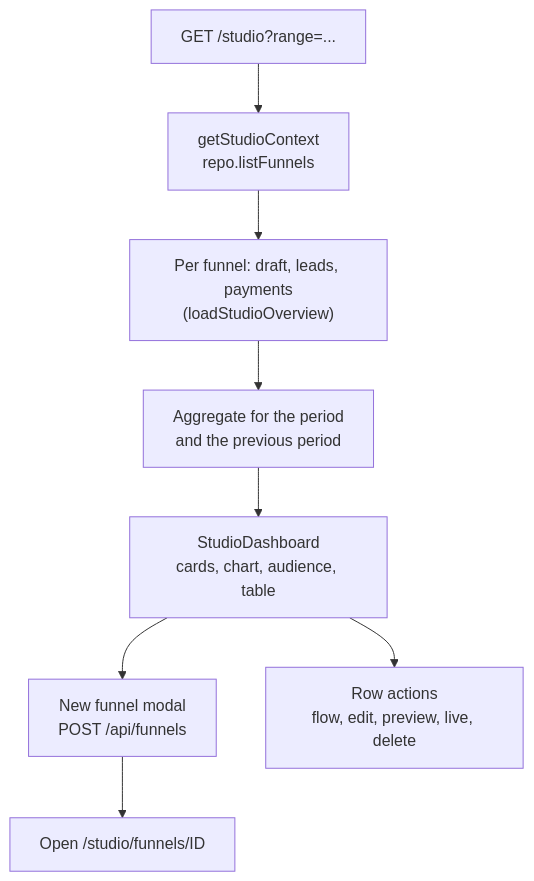
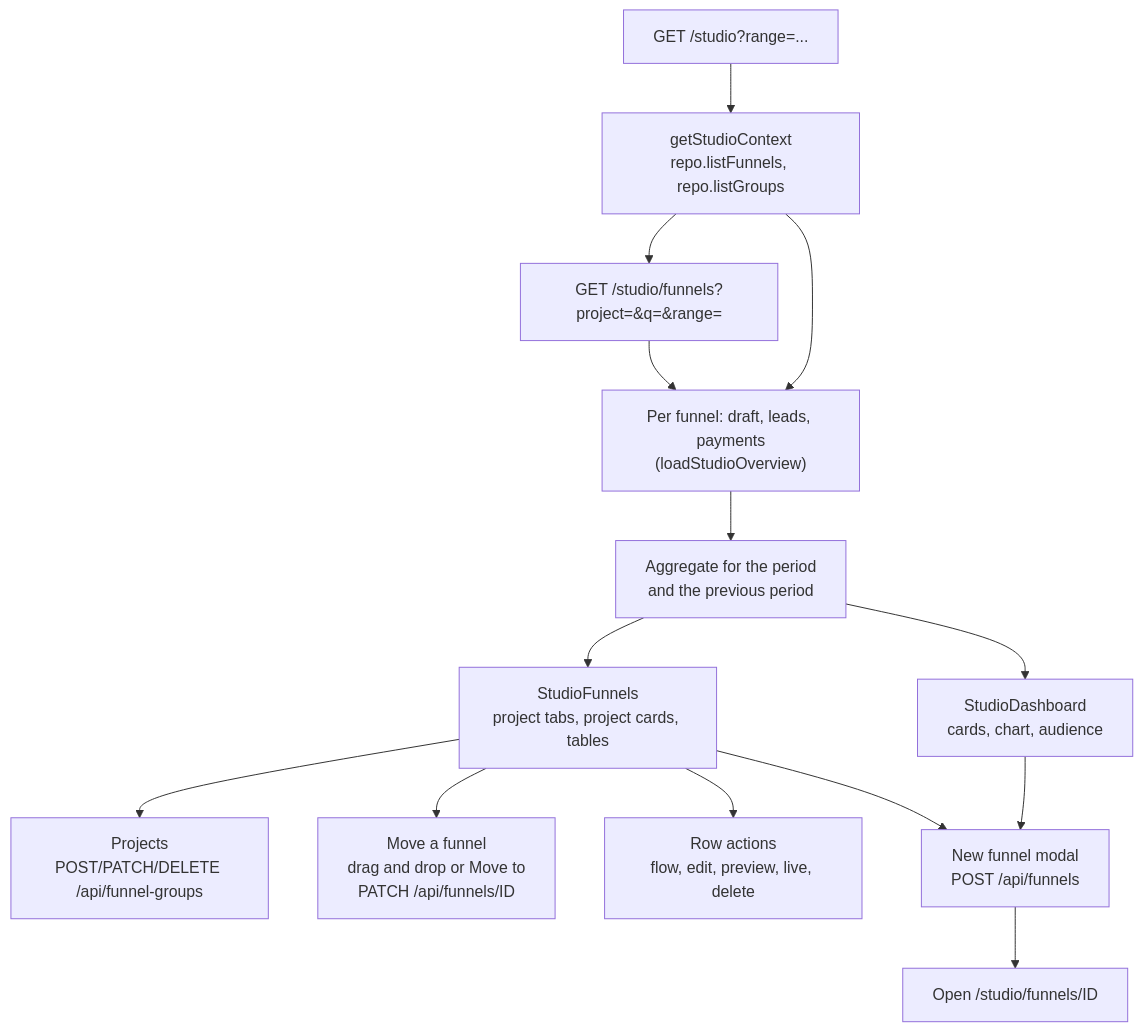
Before and after one commit to arturklimovich-eng/vibefunel: the diagram in docs/features/15-studio-overview.md, drawn with Mermaid. The commit also changed other lines of this file and 70 other files, not shown here.

````diff
--- a/docs/features/15-studio-overview.md
+++ b/docs/features/15-studio-overview.md
@@ -11,19 +13,29 @@
 ```mermaid
 flowchart TD
-  A["GET /studio?range=..."] --> B["getStudioContext<br/>repo.listFunnels"]
+  A["GET /studio?range=..."] --> B["getStudioContext<br/>repo.listFunnels, repo.listGroups"]
   B --> C["Per funnel: draft, leads, payments<br/>(loadStudioOverview)"]
   C --> D["Aggregate for the period<br/>and the previous period"]
-  D --> E["StudioDashboard<br/>cards, chart, audience, table"]
+  D --> E["StudioDashboard<br/>cards, chart, audience"]
+  B --> L["GET /studio/funnels?project=&q=&range="]
+  L --> C
+  D --> M["StudioFunnels<br/>project tabs, project cards, tables"]
+  M --> P["Projects<br/>POST/PATCH/DELETE /api/funnel-groups"]
+  M --> Q["Move a funnel<br/>drag and drop or Move to<br/>PATCH /api/funnels/ID"]
+  M --> H["Row actions<br/>flow, edit, preview, live, delete"]
   E --> F["New funnel modal<br/>POST /api/funnels"]
+  M --> F
   F --> G["Open /studio/funnels/ID"]
-  E --> H["Row actions<br/>flow, edit, preview, live, delete"]
 
   click A "#step-load-funnels"
   click B "#step-load-funnels"
+  click L "#step-load-funnels"
   click C "#step-load-per-funnel-data"
   click D "#step-aggregate"
-  click E "#step-render"
+  click E "#step-render-the-overview"
+  click M "#step-render-the-funnel-list"
+  click P "#step-manage-projects"
+  click Q "#step-move-a-funnel"
+  click H "#step-render-the-funnel-list"
   click F "#step-create-a-funnel"
   click G "#step-create-a-funnel"
-  click H "#step-render"
 ```
````
